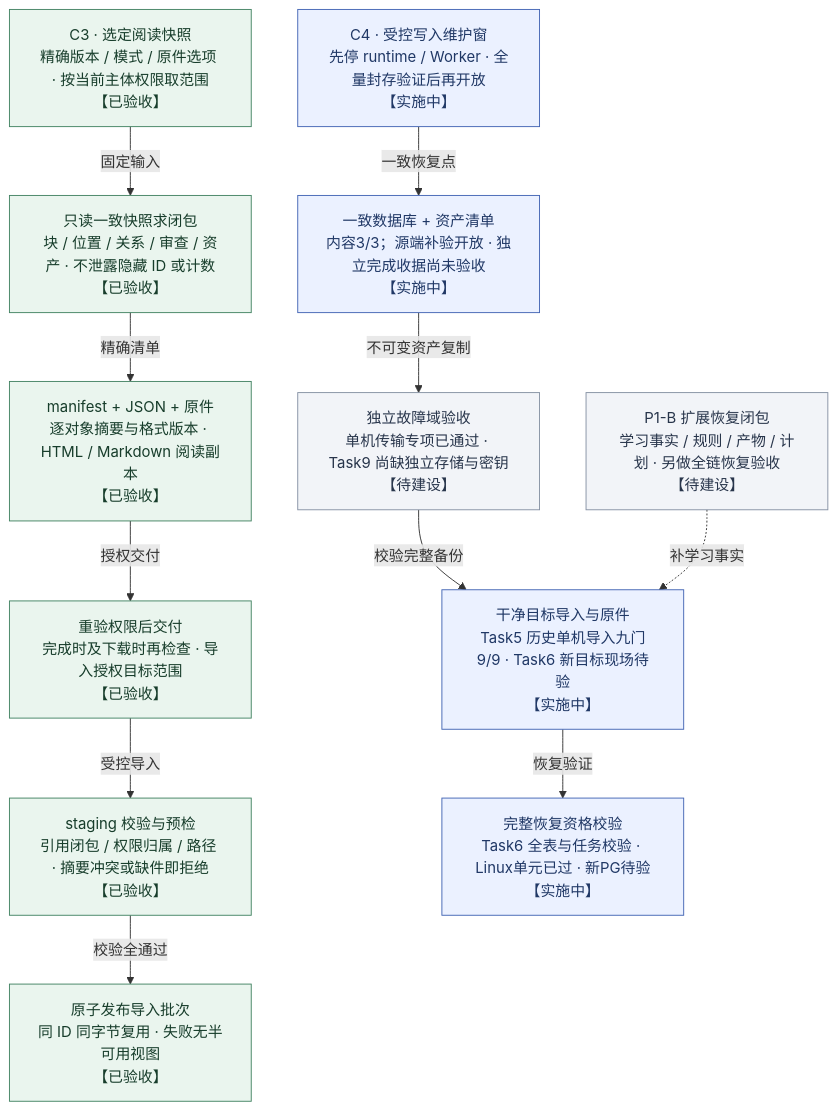
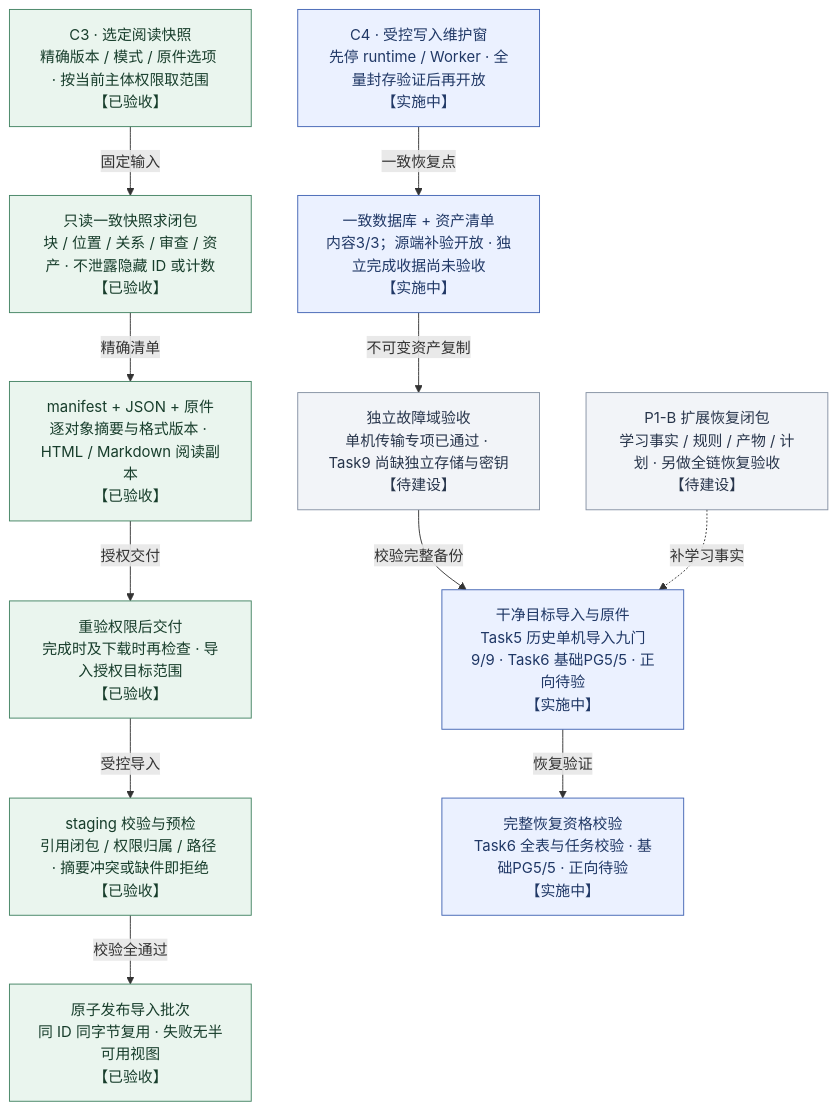
The eighth of 9 diagrams in docs/KnowWeave实施路线与系统架构.md (MansurnamedZhang/learning-system-p0c4), drawn with Mermaid before and after one commit. The commit also changed other lines of this file and 5 other files, not shown here.

Commit message:
docs: align current Task6 roadmap cards and recovery diagrams

````diff
--- a/docs/KnowWeave实施路线与系统架构.md
+++ b/docs/KnowWeave实施路线与系统架构.md
@@ -382,32 +382,32 @@
 ```mermaid
 flowchart TB
     view["C3 · 选定阅读快照<br/>精确版本 / 模式 / 原件选项 · 按当前主体权限取范围<br/>【已验收】"]
     closure["只读一致快照求闭包<br/>块 / 位置 / 关系 / 审查 / 资产 · 不泄露隐藏 ID 或计数<br/>【已验收】"]
     bundle["manifest + JSON + 原件<br/>逐对象摘要与格式版本 · HTML / Markdown 阅读副本<br/>【已验收】"]
     visible["原子发布导入批次<br/>同 ID 同字节复用 · 失败无半可用视图<br/>【已验收】"]
     preflight["staging 校验与预检<br/>引用闭包 / 权限归属 / 路径 · 摘要冲突或缺件即拒绝<br/>【已验收】"]
     delivery["重验权限后交付<br/>完成时及下载时再检查 · 导入授权目标范围<br/>【已验收】"]
     pause["C4 · 受控写入维护窗<br/>先停 runtime / Worker · 全量封存验证后再开放<br/>【实施中】"]
     backup["一致数据库 + 资产清单<br/>内容3/3；源端补验开放 · 独立完成收据尚未验收<br/>【实施中】"]
     copy["独立故障域验收<br/>单机传输专项已通过 · Task9 尚缺独立存储与密钥<br/>【待建设】"]
-    check["完整恢复资格校验<br/>Task6 全表与任务校验 · Linux单元已过 · 新PG待验<br/>【实施中】"]
-    restore["干净目标导入与原件<br/>Task5 历史单机导入九门9/9 · Task6 新目标现场待验<br/>【实施中】"]
+    check["完整恢复资格校验<br/>Task6 全表与任务校验 · 基础PG5/5 · 正向待验<br/>【实施中】"]
+    restore["干净目标导入与原件<br/>Task5 历史单机导入九门9/9 · Task6 基础PG5/5 · 正向待验<br/>【实施中】"]
     future["P1-B 扩展恢复闭包<br/>学习事实 / 规则 / 产物 / 计划 · 另做全链恢复验收<br/>【待建设】"]
     view -- "固定输入" --> closure
     closure -- "精确清单" --> bundle
     bundle -- "授权交付" --> delivery
     delivery -- "受控导入" --> preflight
     preflight -- "校验全通过" --> visible
     pause -- "一致恢复点" --> backup
     backup -- "不可变资产复制" --> copy
     copy -- "校验完整备份" --> restore
     restore -- "恢复验证" --> check
     future -. "补学习事实" .-> restore
     class view,closure,bundle,visible,preflight,delivery done
     class pause,backup,check,restore next
     class copy,future planned
     classDef done fill:#eaf5ee,stroke:#438363,color:#173d2b
     classDef next fill:#ebf1ff,stroke:#4365b4,color:#203866
     classDef planned fill:#f2f4f8,stroke:#8591a3,color:#28354b
     classDef optional fill:#f3ecfb,stroke:#9271b0,color:#4a3362
 ```
````
